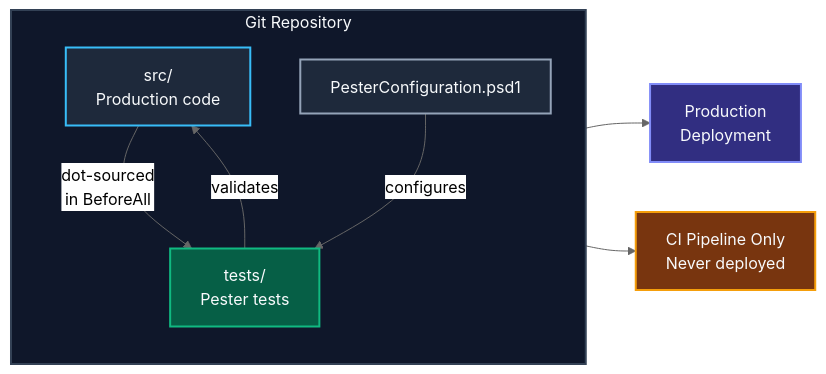
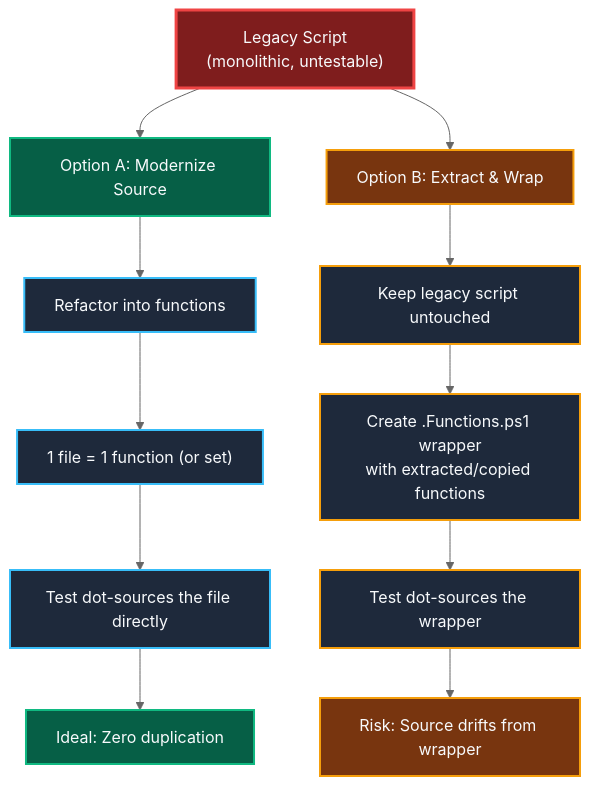
The second of 7 diagrams in website/content/02-enterprise-positioning.md (gitpavleenbali/Pester-Workshop), drawn with Mermaid (neutral theme) before and after one commit. The commit also changed other lines of this file and 9 other files, not shown here.

Commit message:
Website overhaul: fix all src/ refs, update to 107 tests, add Lab Simulation page, sync content

````diff
--- a/website/content/02-enterprise-positioning.md
+++ b/website/content/02-enterprise-positioning.md
@@ -110,23 +67,29 @@
 ```mermaid
-graph LR
-    subgraph Repo["Git Repository"]
-        direction TB
-        SRC["src/<br/>Production code"]
-        TST["tests/<br/>Pester tests"]
-        CFG["PesterConfiguration.psd1"]
-    end
+graph TB
+    LEGACY["Legacy Script<br/>(monolithic, untestable)"]
 
-    SRC -->|"dot-sourced<br/>in BeforeAll"| TST
-    TST -->|"validates"| SRC
-    CFG -->|"configures"| TST
+    LEGACY --> OPT_A["Option A: Modernize Source"]
+    LEGACY --> OPT_B["Option B: Extract & Wrap"]
 
-    SRC --> PROD["Production<br/>Deployment"]
-    TST --> CI["CI Pipeline Only<br/>Never deployed"]
+    OPT_A --> A1["Refactor into functions"]
+    A1 --> A2["1 file = 1 function (or set)"]
+    A2 --> A3["Test dot-sources the file directly"]
+    A3 --> IDEAL["Ideal: Zero duplication"]
 
-    style Repo fill:#0f172a,stroke:#334155,color:#f8fafc,stroke-width:2px
-    style SRC fill:#1e293b,stroke:#38bdf8,color:#f8fafc,stroke-width:2px
-    style TST fill:#065f46,stroke:#10b981,color:#f8fafc,stroke-width:2px
-    style CFG fill:#1e293b,stroke:#94a3b8,color:#f8fafc,stroke-width:2px
-    style PROD fill:#312e81,stroke:#818cf8,color:#f8fafc,stroke-width:2px
-    style CI fill:#78350f,stroke:#f59e0b,color:#f8fafc,stroke-width:2px
+    OPT_B --> B1["Keep legacy script untouched"]
+    B1 --> B2["Create .Functions.ps1 wrapper<br/>with extracted/copied functions"]
+    B2 --> B3["Test dot-sources the wrapper"]
+    B3 --> RISK["Risk: Source drifts from wrapper"]
+
+    style LEGACY fill:#7f1d1d,stroke:#ef4444,color:#f8fafc,stroke-width:3px
+    style OPT_A fill:#065f46,stroke:#10b981,color:#f8fafc,stroke-width:2px
+    style OPT_B fill:#78350f,stroke:#f59e0b,color:#f8fafc,stroke-width:2px
+    style IDEAL fill:#065f46,stroke:#10b981,color:#f8fafc,stroke-width:2px
+    style RISK fill:#78350f,stroke:#f59e0b,color:#f8fafc,stroke-width:2px
+    style A1 fill:#1e293b,stroke:#38bdf8,color:#f8fafc,stroke-width:2px
+    style A2 fill:#1e293b,stroke:#38bdf8,color:#f8fafc,stroke-width:2px
+    style A3 fill:#1e293b,stroke:#38bdf8,color:#f8fafc,stroke-width:2px
+    style B1 fill:#1e293b,stroke:#f59e0b,color:#f8fafc,stroke-width:2px
+    style B2 fill:#1e293b,stroke:#f59e0b,color:#f8fafc,stroke-width:2px
+    style B3 fill:#1e293b,stroke:#f59e0b,color:#f8fafc,stroke-width:2px
 ```
````
